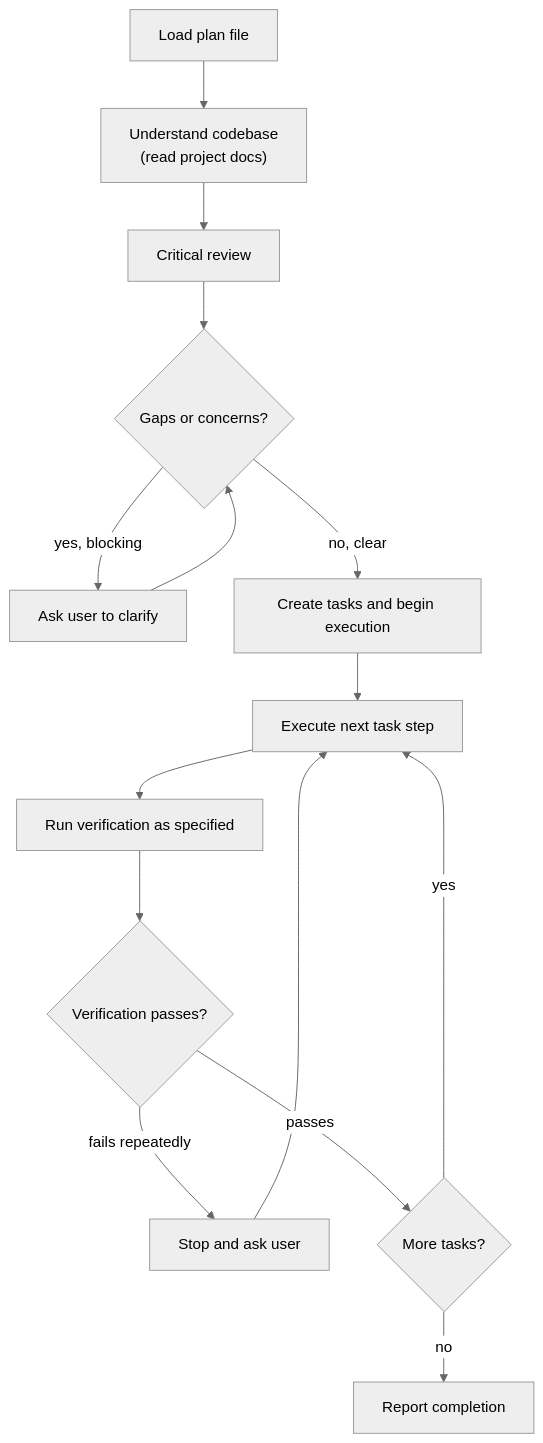
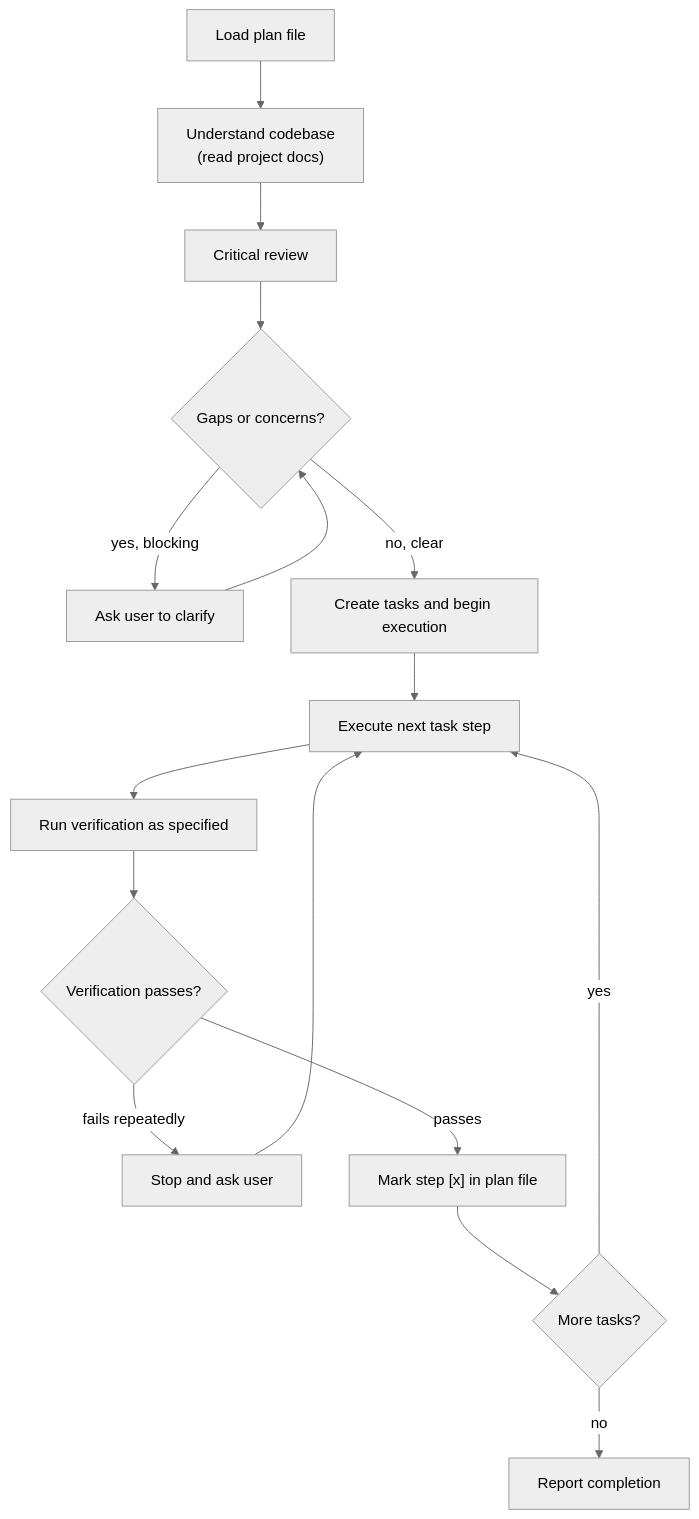
Before and after one commit to quangson137/superbrain: the diagram in skills/executing-plans/SKILL.md, drawn with Mermaid (neutral theme). The commit also changed other lines of this file and 1 other file, not shown here.

Commit message:
Update plan skills

````diff
--- a/skills/executing-plans/SKILL.md
+++ b/skills/executing-plans/SKILL.md
@@ -27,30 +27,31 @@
 ```mermaid
 flowchart TD
     A["Load plan file"]
     A1["Understand codebase<br/>(read project docs)"]
     B["Critical review"]
     C{"Gaps or concerns?"}
     D["Ask user to clarify"]
     E["Create tasks and begin execution"]
     F["Execute next task step"]
     G["Run verification as specified"]
     H{"Verification passes?"}
     I["Stop and ask user"]
     J{"More tasks?"}
     K["Report completion"]
 
     A --> A1
     A1 --> B
     B --> C
     C -- "yes, blocking" --> D
     D --> C
     C -- "no, clear" --> E
     E --> F
     F --> G
     G --> H
     H -- "fails repeatedly" --> I
     I --> F
-    H -- passes --> J
+    H -- passes --> M["Mark step [x] in plan file"]
+    M --> J
     J -- yes --> F
     J -- no --> K
 ```
````
